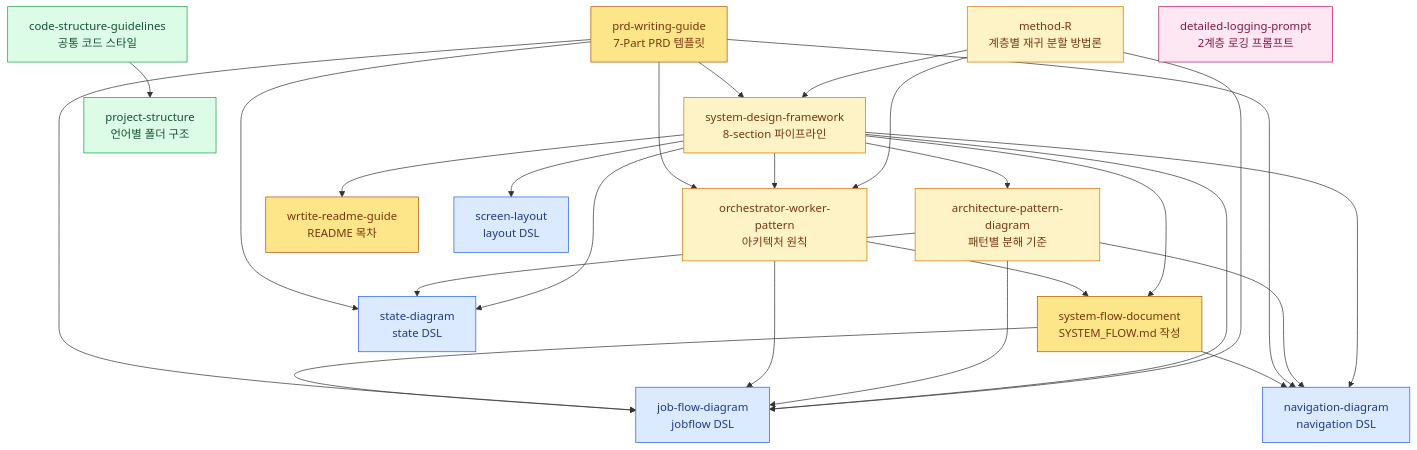
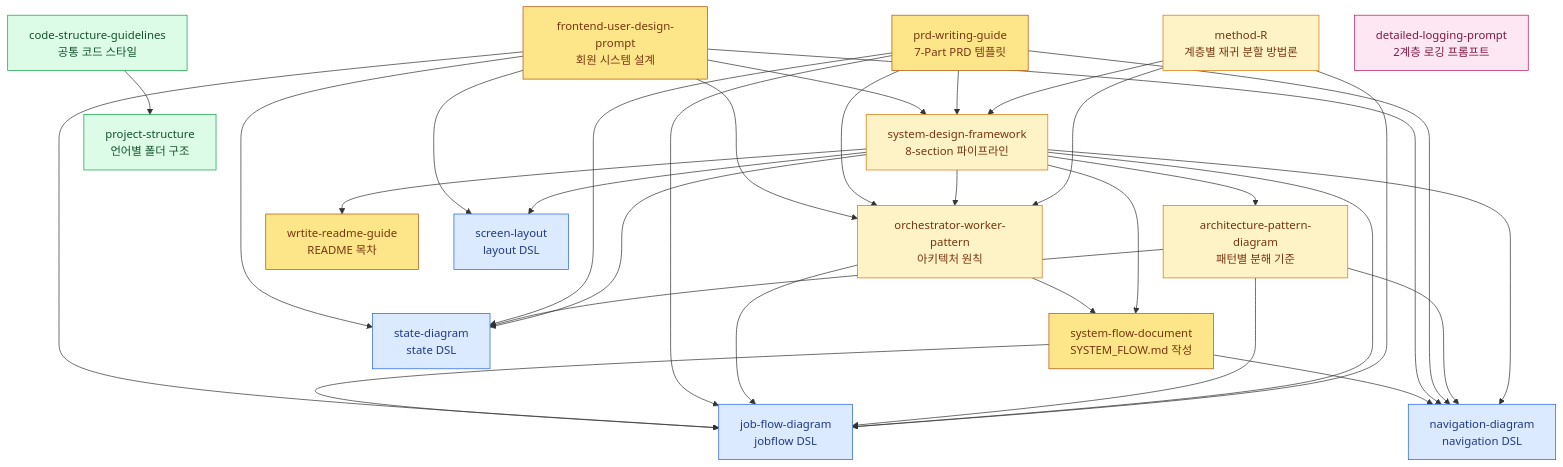
The diagram in README.md (ryujt/project-guides), drawn with Mermaid before and after one commit. The commit also changed other lines of this file and 1 other file, not shown here.

````diff
--- a/README.md
+++ b/README.md
@@ -83,50 +85,54 @@
 ```mermaid
 flowchart TB
     MR["method-R<br/>계층별 재귀 분할 방법론"]:::core
     SDF["system-design-framework<br/>8-section 파이프라인"]:::core
     APD["architecture-pattern-diagram<br/>패턴별 분해 기준"]:::core
     OWP["orchestrator-worker-pattern<br/>아키텍처 원칙"]:::core
     PRD["prd-writing-guide<br/>7-Part PRD 템플릿"]:::spec
+    FUD["frontend-user-design-prompt<br/>회원 시스템 설계"]:::spec
     README["wrtite-readme-guide<br/>README 목차"]:::spec
     SFD["system-flow-document<br/>SYSTEM_FLOW.md 작성"]:::spec
 
     JFD["job-flow-diagram<br/>jobflow DSL"]:::dsl
     NAV["navigation-diagram<br/>navigation DSL"]:::dsl
     STT["state-diagram<br/>state DSL"]:::dsl
     LAY["screen-layout<br/>layout DSL"]:::dsl
 
     CSG["code-structure-guidelines<br/>공통 코드 스타일"]:::impl
     PPR["project-structure<br/>언어별 폴더 구조"]:::impl
 
     LOG["detailed-logging-prompt<br/>2계층 로깅 프롬프트"]:::ops
 
     MR --> SDF
     MR --> OWP
     MR --> JFD
     SDF --> JFD & NAV & STT & LAY
     SDF --> APD
     APD --> JFD
     APD --> NAV
     APD --> STT
     SDF --> OWP
     SDF --> README
     SDF --> SFD
     OWP --> JFD
     OWP --> SFD
 
     PRD --> SDF
     PRD --> OWP
     PRD --> JFD
     PRD --> NAV
     PRD --> STT
+    FUD --> SDF
+    FUD --> OWP
+    FUD --> JFD & NAV & STT & LAY
     SFD --> JFD
     SFD --> NAV
 
     CSG --> PPR
 
     classDef core fill:#fef3c7,stroke:#d97706,color:#78350f
     classDef spec fill:#fde68a,stroke:#b45309,color:#78350f
     classDef dsl fill:#dbeafe,stroke:#2563eb,color:#1e3a8a
     classDef impl fill:#dcfce7,stroke:#16a34a,color:#14532d
     classDef ops fill:#fce7f3,stroke:#be185d,color:#831843
 ```
````
